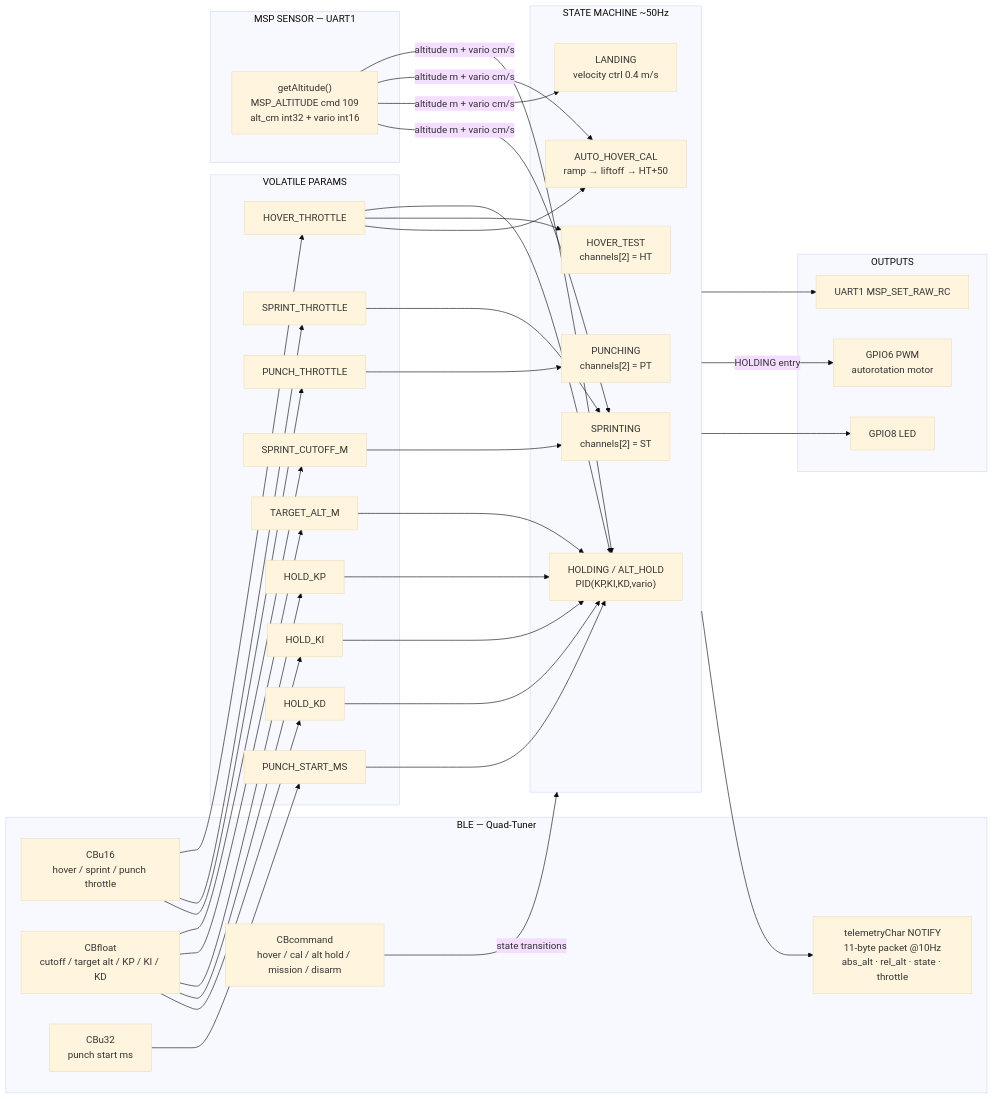
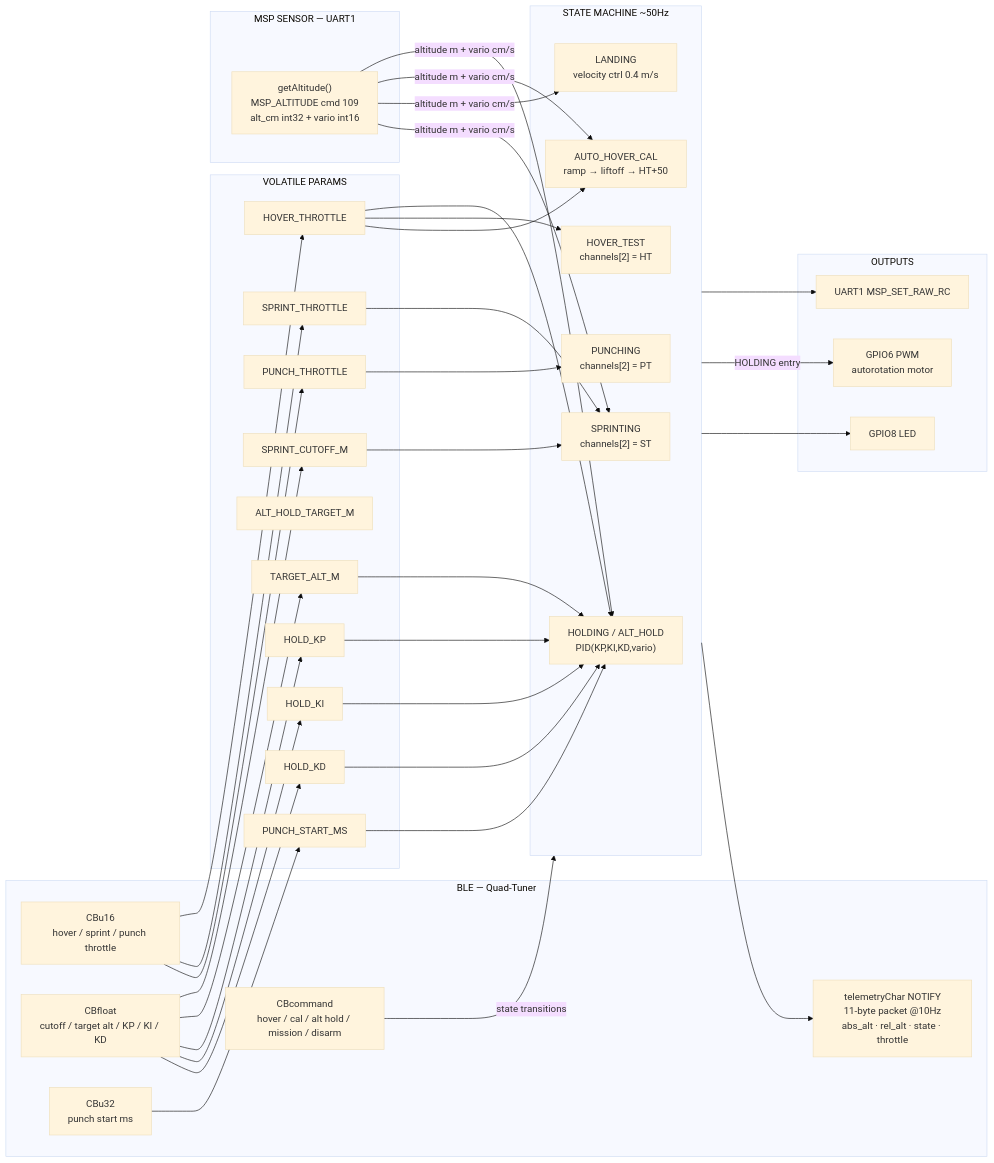
One commit to RyanHailey21/esp32_drone changed the second of 2 diagrams in README.md. Above: the diagram before and after it, drawn with Mermaid (base theme). The commit also changed other lines of this file and 8 other files, not shown here.

````diff
--- a/README.md
+++ b/README.md
@@ -321,61 +323,62 @@
 ```mermaid
 flowchart LR
     subgraph BLE["BLE — Quad-Tuner"]
         W1["CBu16\nhover / sprint / punch throttle"]
         W2["CBfloat\ncutoff / target alt / KP / KI / KD"]
         W3["CBu32\npunch start ms"]
         W4["CBcommand\nhover / cal / alt hold / mission / disarm"]
         TEL["telemetryChar NOTIFY\n11-byte packet @10Hz\nabs_alt · rel_alt · state · throttle"]
     end
 
     subgraph PARAMS["VOLATILE PARAMS"]
         HT["HOVER_THROTTLE"]
         ST["SPRINT_THROTTLE"]
         SC["SPRINT_CUTOFF_M"]
         TA["TARGET_ALT_M"]
+        AHT["ALT_HOLD_TARGET_M"]
         KP["HOLD_KP"]
         KI["HOLD_KI"]
         KD["HOLD_KD"]
         PS["PUNCH_START_MS"]
         PT["PUNCH_THROTTLE"]
     end
 
     subgraph SENSOR["MSP SENSOR — UART1"]
         ALT["getAltitude()\nMSP_ALTITUDE cmd 109\nalt_cm int32 + vario int16"]
     end
 
     subgraph SM["STATE MACHINE ~50Hz"]
         SPR["SPRINTING\nchannels[2] = ST"]
         HLD["HOLDING / ALT_HOLD\nPID(KP,KI,KD,vario)"]
         PUN["PUNCHING\nchannels[2] = PT"]
         HVT["HOVER_TEST\nchannels[2] = HT"]
         AHC["AUTO_HOVER_CAL\nramp → liftoff → HT+50"]
         LND["LANDING\nvelocity ctrl 0.4 m/s"]
     end
 
     subgraph OUT["OUTPUTS"]
         MSP_OUT["UART1 MSP_SET_RAW_RC"]
         PWM["GPIO6 PWM\nautorotation motor"]
         LED["GPIO8 LED"]
     end
 
     W1 --> HT & ST & PT
     W2 --> SC & TA & KP & KI & KD
     W3 --> PS
     W4 -->|state transitions| SM
 
     ALT -->|altitude m + vario cm/s| HLD & AHC & LND & SPR
 
     HT --> HLD & HVT & AHC
     ST --> SPR
     SC --> SPR
     TA --> HLD
     KP & KI & KD --> HLD
     PS --> HLD
     PT --> PUN
 
     SM --> MSP_OUT
     SM -->|HOLDING entry| PWM
     SM --> LED
     SM --> TEL
 ```
````
